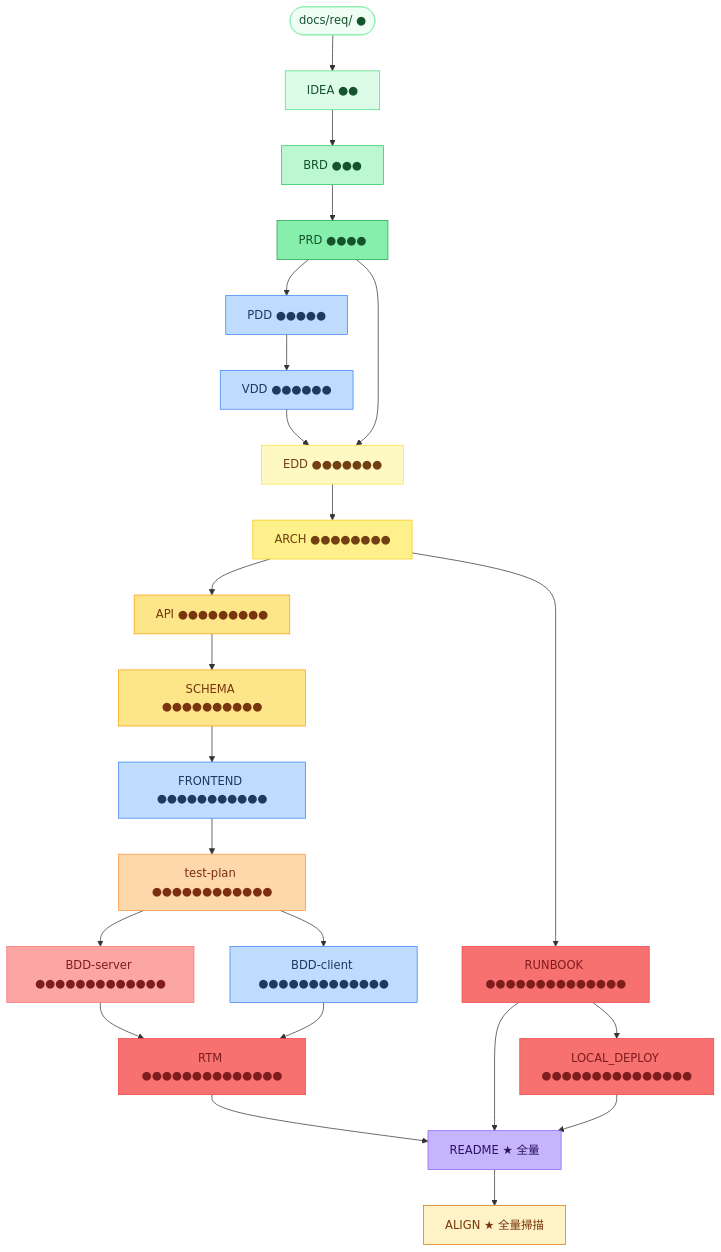
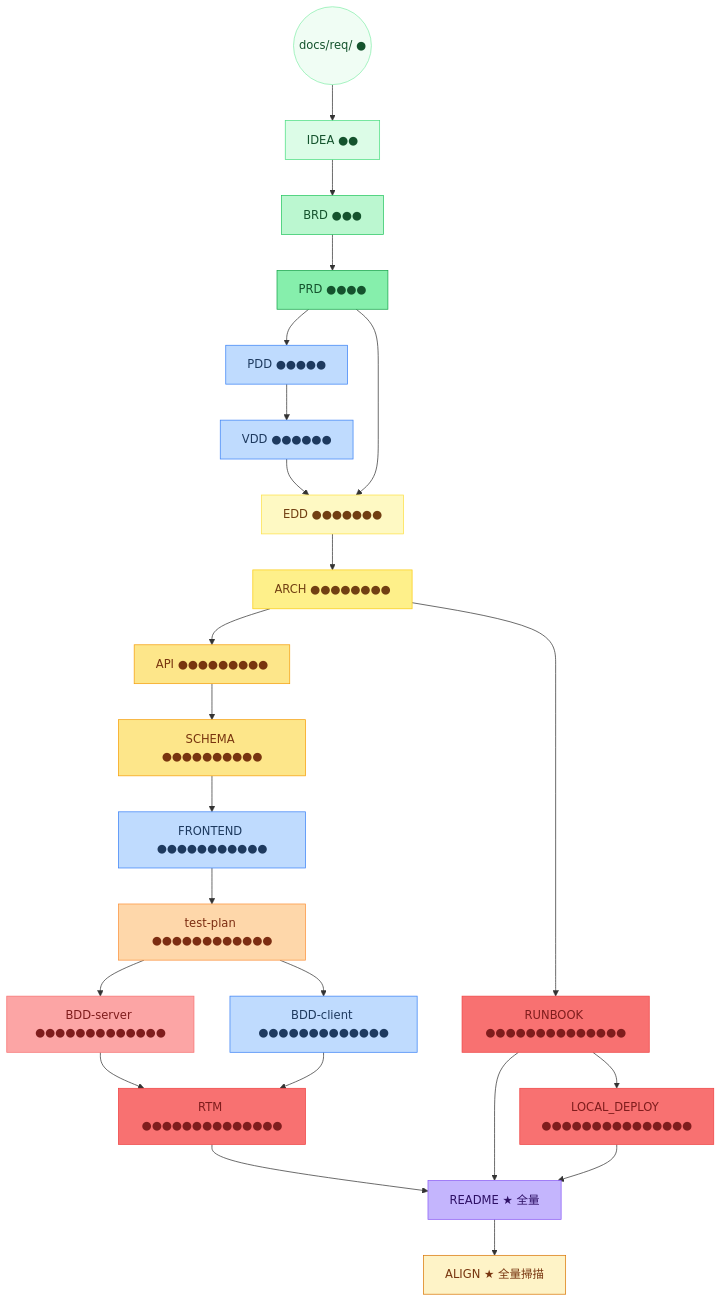
The fourth of 4 diagrams in docs/PRD.md (ibalasite/gendoc), drawn with Mermaid before and after one commit. The commit also changed other lines of this file and 1 other file, not shown here.

First line of the commit message:
docs(html): fix Mermaid STADIUM_SHAPE syntax + regenerate HTML

````diff
--- a/docs/PRD.md
+++ b/docs/PRD.md
@@ -701,46 +701,46 @@
 ```mermaid
 graph TD
-    REQ(["docs/req/ ●"]):::l0
+    REQ(("docs/req/ ●")):::l0
     ID["IDEA ●●"]:::l1
     BR["BRD ●●●"]:::l2
     PR["PRD ●●●●"]:::l3
     PD["PDD ●●●●●"]:::cond
     VD["VDD ●●●●●●"]:::cond
     ED["EDD ●●●●●●●"]:::l4
     AR["ARCH ●●●●●●●●"]:::l5
     AP["API ●●●●●●●●●"]:::l6
     SC["SCHEMA ●●●●●●●●●●"]:::l6
     FE["FRONTEND ●●●●●●●●●●●"]:::cond
     TP["test-plan ●●●●●●●●●●●●"]:::l7
     BS["BDD-server ●●●●●●●●●●●●●"]:::l8
     BC["BDD-client ●●●●●●●●●●●●●"]:::cond
     RM["RTM ●●●●●●●●●●●●●●"]:::l9
     RB["RUNBOOK ●●●●●●●●●●●●●●"]:::l9
     LD["LOCAL_DEPLOY ●●●●●●●●●●●●●●●"]:::l9
     ME["README ★ 全量"]:::l10
     AL["ALIGN ★ 全量掃描"]:::audit
 
     REQ --> ID --> BR --> PR
     PR --> PD --> VD --> ED
     PR --> ED
     ED --> AR --> AP --> SC --> FE --> TP
     TP --> BS --> RM
     TP --> BC --> RM
     AR --> RB --> LD
     RM & RB & LD --> ME
     ME --> AL
 
     classDef l0 fill:#f0fdf4,stroke:#86efac,color:#14532d
     classDef l1 fill:#dcfce7,stroke:#4ade80,color:#14532d
     classDef l2 fill:#bbf7d0,stroke:#22c55e,color:#14532d
     classDef l3 fill:#86efac,stroke:#16a34a,color:#14532d
     classDef l4 fill:#fef9c3,stroke:#fde047,color:#713f12
     classDef l5 fill:#fef08a,stroke:#facc15,color:#713f12
     classDef l6 fill:#fde68a,stroke:#f59e0b,color:#78350f
     classDef l7 fill:#fed7aa,stroke:#fb923c,color:#7c2d12
     classDef l8 fill:#fca5a5,stroke:#f87171,color:#7f1d1d
     classDef l9 fill:#f87171,stroke:#ef4444,color:#7f1d1d
     classDef l10 fill:#c4b5fd,stroke:#8b5cf6,color:#2e1065
     classDef cond fill:#bfdbfe,stroke:#3b82f6,color:#1e3a5f
     classDef audit fill:#fef3c7,stroke:#d97706,color:#78350f
 ```
````
